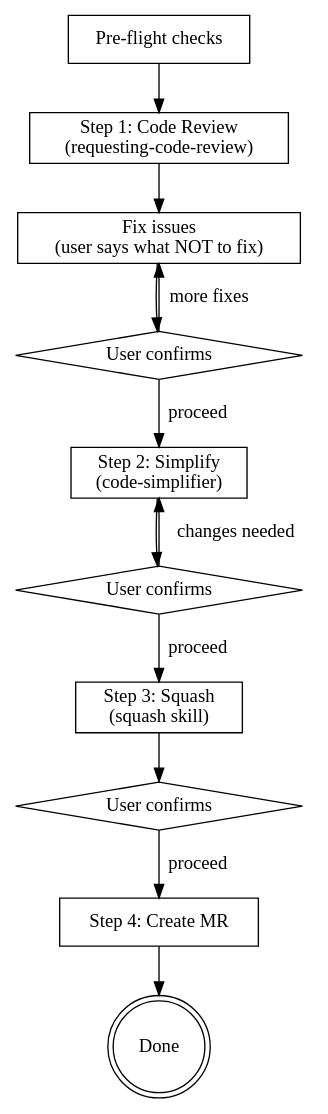
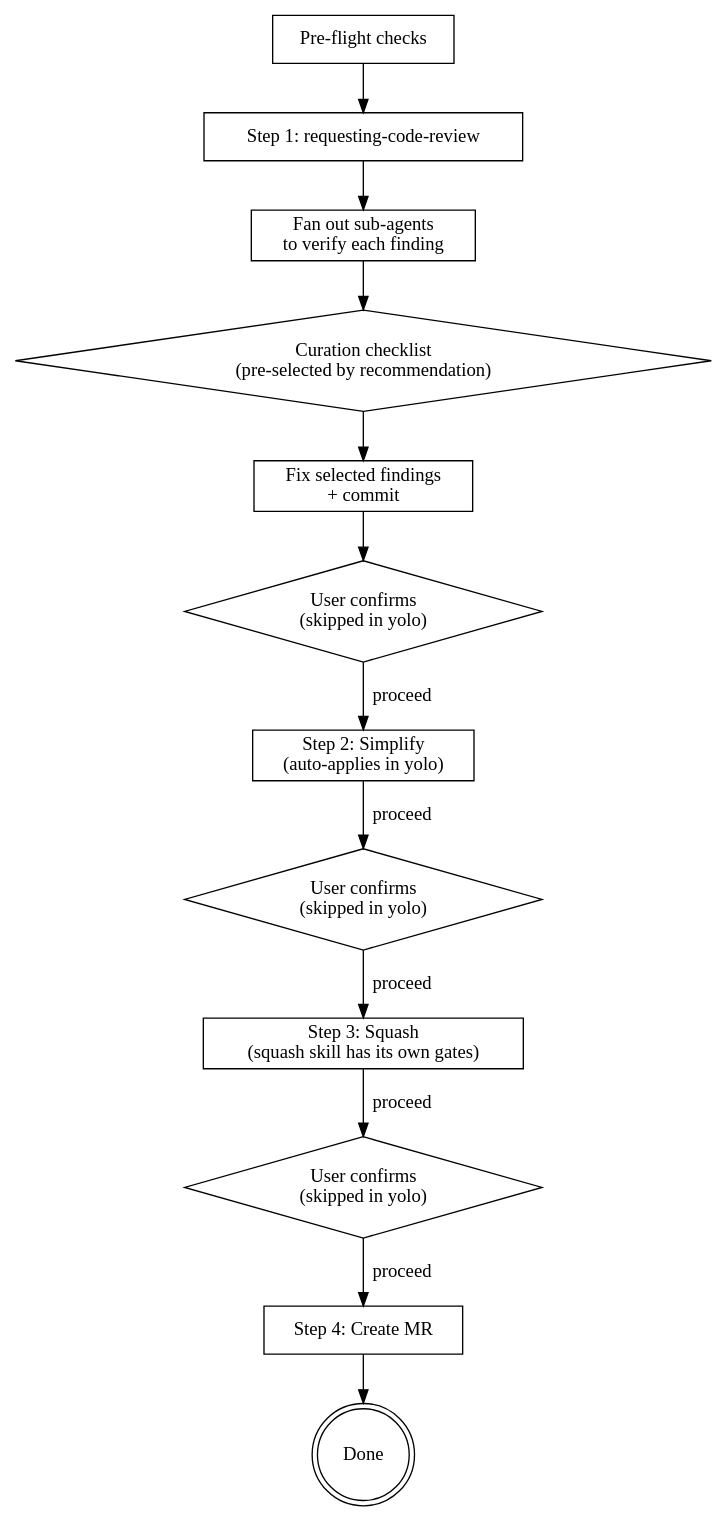
Before and after one commit to Minkey27/ai-skills: the diagram in skills/finalize-branch/SKILL.md, drawn with Graphviz. The commit also changed other lines of this file and 1 other file, not shown here.

First line of the commit message:
Add mr-review skill and yolo mode to finalize-branch

````diff
--- a/skills/finalize-branch/SKILL.md
+++ b/skills/finalize-branch/SKILL.md
@@ -52,29 +69,25 @@
 ```dot
 digraph finalize {
     rankdir=TB;
     node [shape=box];
 
     preflight [label="Pre-flight checks"];
-    review [label="Step 1: Code Review\n(requesting-code-review)"];
-    fix [label="Fix issues\n(user says what NOT to fix)"];
-    gate1 [label="User confirms" shape=diamond];
-    simplify [label="Step 2: Simplify\n(code-simplifier)"];
-    gate2 [label="User confirms" shape=diamond];
-    squash [label="Step 3: Squash\n(squash skill)"];
-    gate3 [label="User confirms" shape=diamond];
+    review [label="Step 1: requesting-code-review"];
+    verify [label="Fan out sub-agents\nto verify each finding"];
+    curate [label="Curation checklist\n(pre-selected by recommendation)" shape=diamond];
+    fix [label="Fix selected findings\n+ commit"];
+    gate1 [label="User confirms\n(skipped in yolo)" shape=diamond];
+    simplify [label="Step 2: Simplify\n(auto-applies in yolo)"];
+    gate2 [label="User confirms\n(skipped in yolo)" shape=diamond];
+    squash [label="Step 3: Squash\n(squash skill has its own gates)"];
+    gate3 [label="User confirms\n(skipped in yolo)" shape=diamond];
     mr [label="Step 4: Create MR"];
     done [label="Done" shape=doublecircle];
 
-    preflight -> review;
-    review -> fix;
-    fix -> gate1;
+    preflight -> review -> verify -> curate -> fix -> gate1;
     gate1 -> simplify [label="proceed"];
-    gate1 -> fix [label="more fixes"];
-    simplify -> gate2;
-    gate2 -> squash [label="proceed"];
-    gate2 -> simplify [label="changes needed"];
-    squash -> gate3;
-    gate3 -> mr [label="proceed"];
+    simplify -> gate2 -> squash [label="proceed"];
+    squash -> gate3 -> mr [label="proceed"];
     mr -> done;
 }
 ```
````
